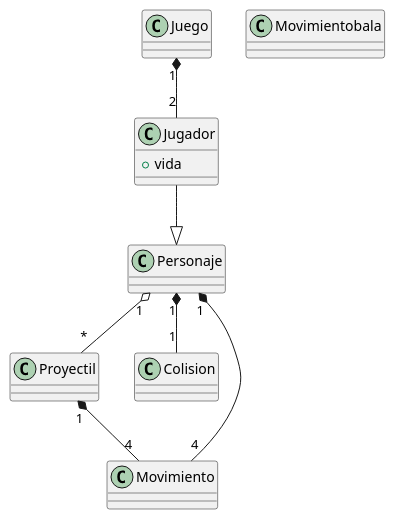
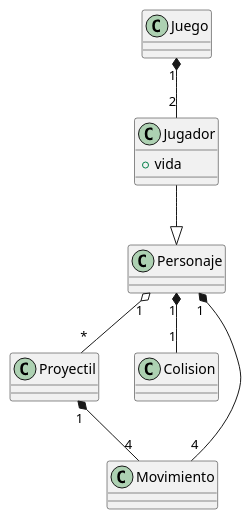
The diagram in docs/diagrama.puml (Cot04/Gun-fight), drawn with PlantUML before and after one commit. The commit also changed 10 other files, not shown here.

```diff
--- a/docs/diagrama.puml
+++ b/docs/diagrama.puml
@@ -1,26 +1,23 @@
 @startuml diagrama
 
 class Personaje
 
 class Jugador{
     + vida
 }
 
 class Proyectil
 
 class Colision
 
-class Movimiento
-
-class Movimientobala
 
 class Juego
 
 Juego "1" *-- "2" Jugador
 Jugador --|> Personaje
 Personaje "1" *-- "1" Colision
 Personaje "1" *-- "4" Movimiento
 Personaje "1" o-- "*" Proyectil
 Proyectil "1" *-- "4" Movimiento
 
 @enduml
```
